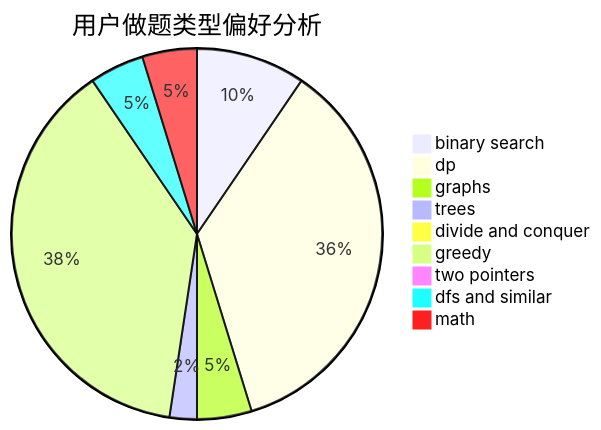
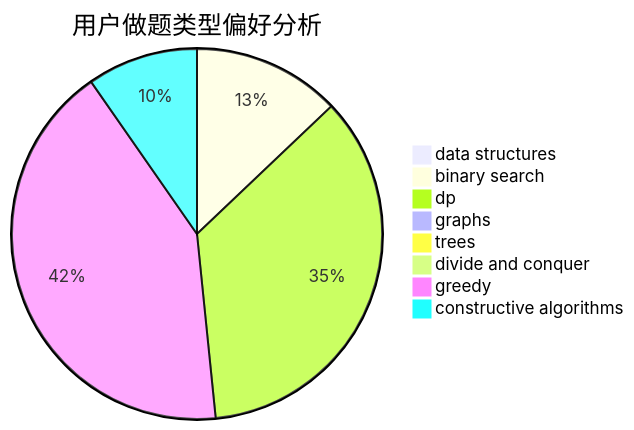
One commit to sherpahu/cfrs.github.io changed the second of 3 diagrams in docs/user/u581.md. Above: the diagram before and after it, drawn with Mermaid. The commit also changed other lines of this file and 2775 other files, not shown here.

````diff
--- a/docs/user/u581.md
+++ b/docs/user/u581.md
@@ -23,12 +23,11 @@
 ```mermaid
 pie title 用户做题类型偏好分析
+    "data structures" :  0
     "binary search" :  4
-    "dp" :  15
-    "graphs" :  2
-    "trees" :  1
+    "dp" :  11
+    "graphs" :  0
+    "trees" :  0
     "divide and conquer" :  0
-    "greedy" :  16
-    "two pointers" :  0
-    "dfs and similar" :  2
-    "math" :  2
+    "greedy" :  13
+    "constructive algorithms" :  3
 ```
````
